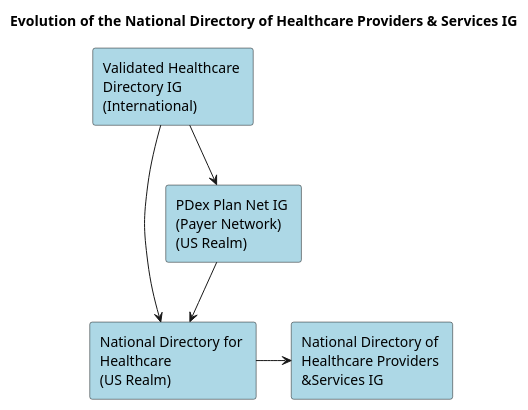
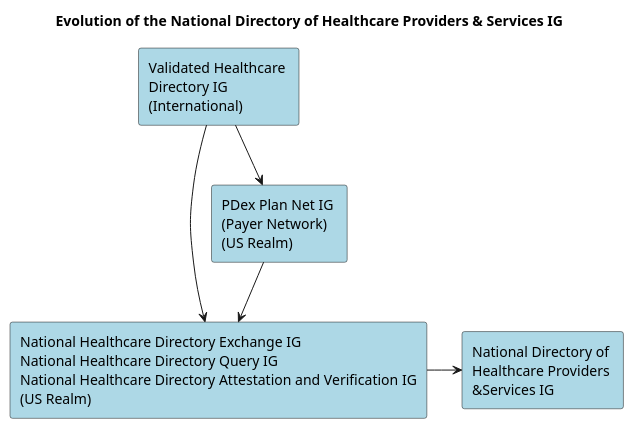
The diagram in input/images-source/Evolution.plantuml (HL7/fhir-us-ndh), drawn with PlantUML before and after one commit. The commit also changed 7 other files, not shown here.

```diff
--- a/input/images-source/Evolution.plantuml
+++ b/input/images-source/Evolution.plantuml
@@ -1,14 +1,14 @@
 @startuml
 
 title Evolution of the National Directory of Healthcare Providers & Services IG
 agent #LightBlue Vhdir as "Validated Healthcare \nDirectory IG \n(International)"
 agent #LightBlue PlanNet as "PDex Plan Net IG \n(Payer Network) \n(US Realm)"
-agent #LightBlue ND as "National Directory for \nHealthcare \n(US Realm)"
+agent #LightBlue ND as "National Healthcare Directory Exchange IG \nNational Healthcare Directory Query IG \nNational Healthcare Directory Attestation and Verification IG\n(US Realm)"
 agent #LightBlue Ndh as "National Directory of \nHealthcare Providers \n&Services IG"
 
 
 Vhdir -down-> PlanNet
 PlanNet -down-> ND
 Vhdir -right-> ND
 ND -right-> Ndh
 @enduml
```
